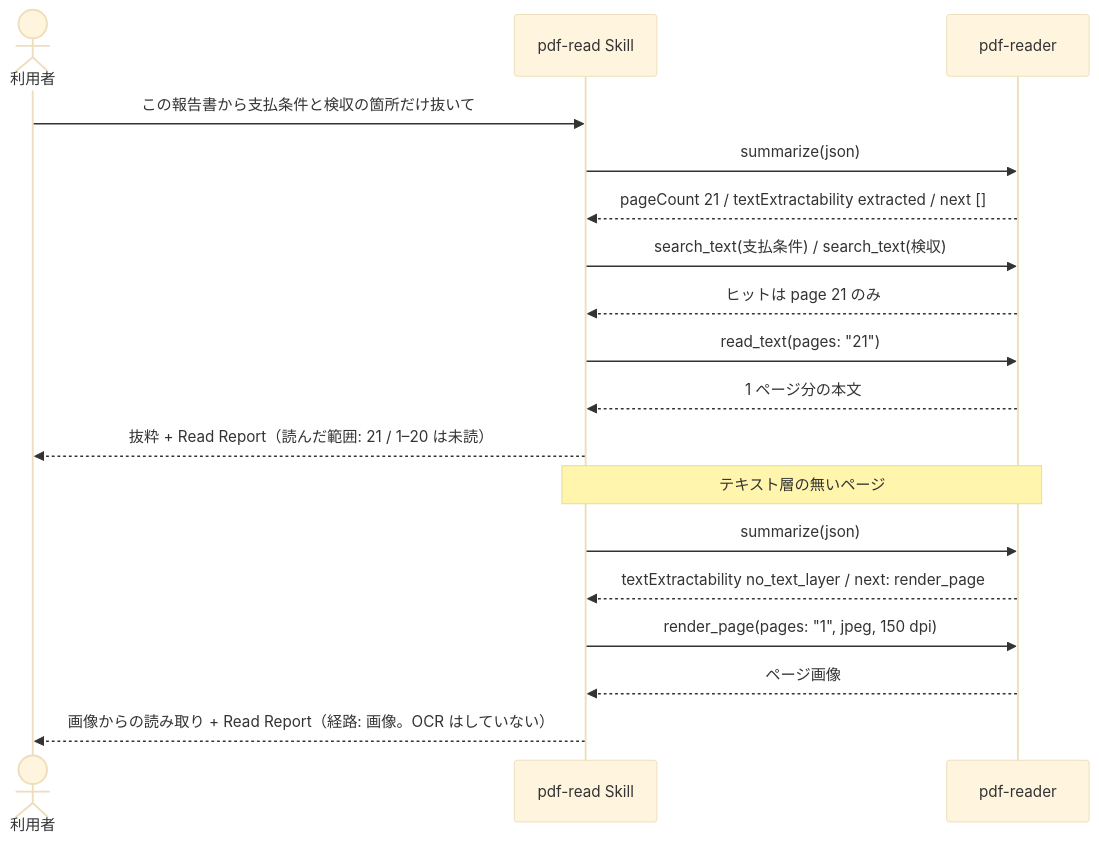
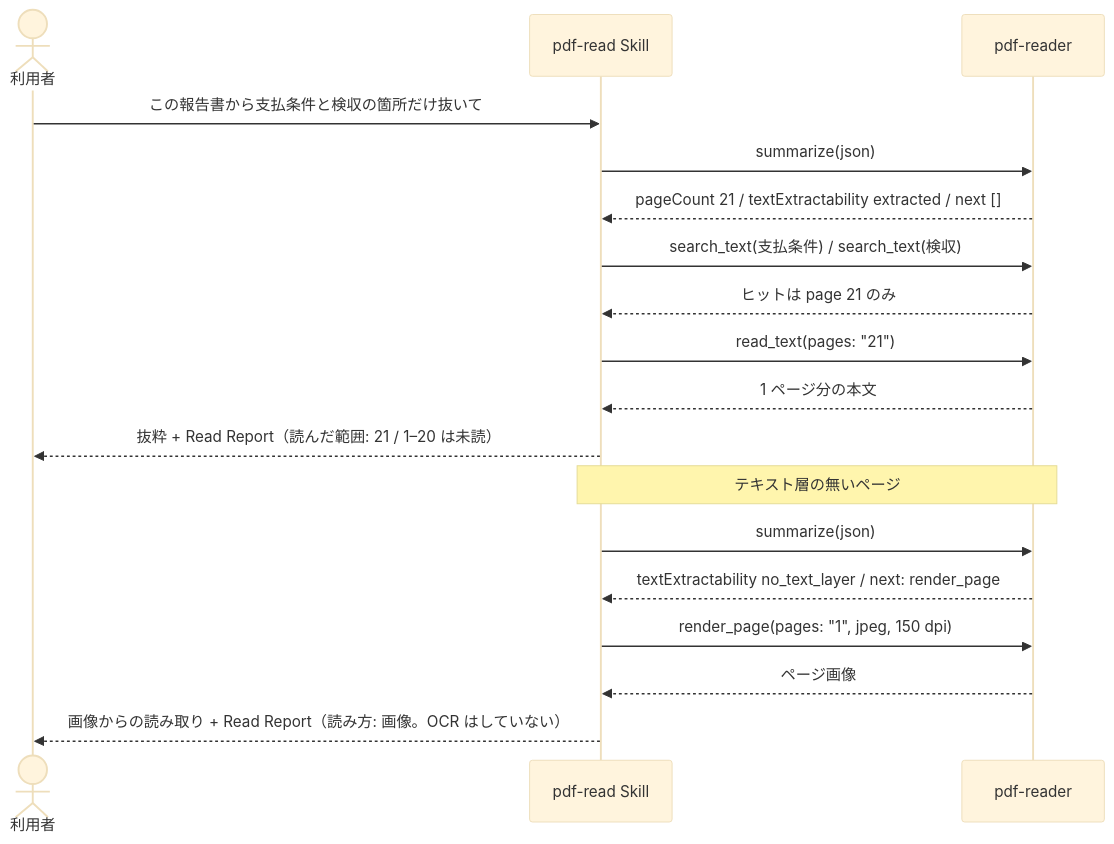
One commit to shuji-bonji/pdf-agent-stack changed the diagram in site/docs/ja/use-cases/pdf-read.md. Above: the diagram before and after it, drawn with Mermaid (base theme). The commit also changed other lines of this file and 19 other files, not shown here.

````diff
--- a/site/docs/ja/use-cases/pdf-read.md
+++ b/site/docs/ja/use-cases/pdf-read.md
@@ -26,22 +26,22 @@
 ```mermaid
 sequenceDiagram
   actor U as 利用者
   participant S as pdf-read Skill
   participant R as pdf-reader
 
   U->>S: この報告書から支払条件と検収の箇所だけ抜いて
   S->>R: summarize(json)
   R-->>S: pageCount 21 / textExtractability extracted / next []
   S->>R: search_text(支払条件) / search_text(検収)
   R-->>S: ヒットは page 21 のみ
   S->>R: read_text(pages: "21")
   R-->>S: 1 ページ分の本文
   S-->>U: 抜粋 + Read Report（読んだ範囲: 21 / 1–20 は未読）
 
   Note over S,R: テキスト層の無いページ
   S->>R: summarize(json)
   R-->>S: textExtractability no_text_layer / next: render_page
   S->>R: render_page(pages: "1", jpeg, 150 dpi)
   R-->>S: ページ画像
-  S-->>U: 画像からの読み取り + Read Report（経路: 画像。OCR はしていない）
+  S-->>U: 画像からの読み取り + Read Report（読み方: 画像。OCR はしていない）
 ```
````
